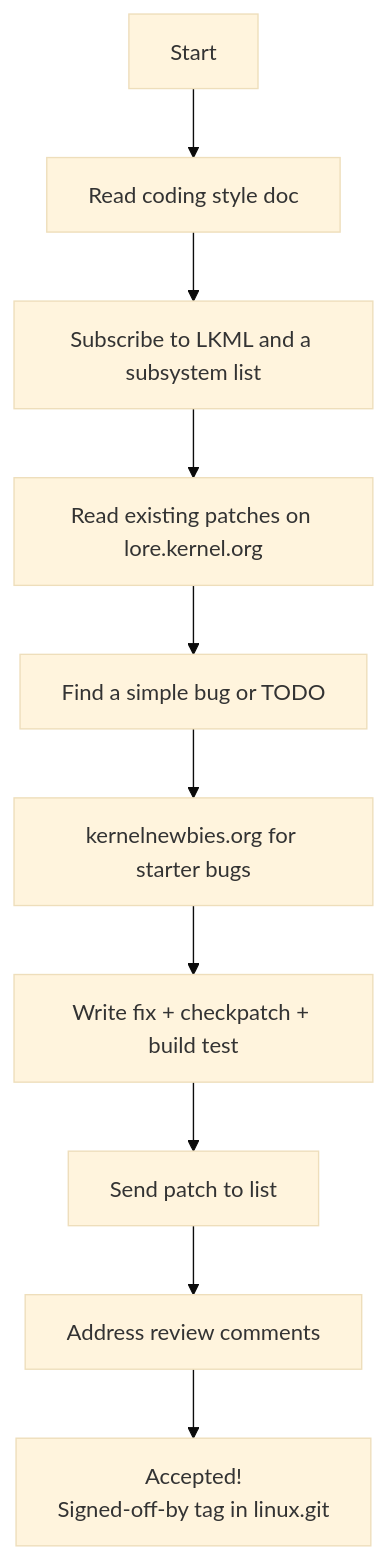
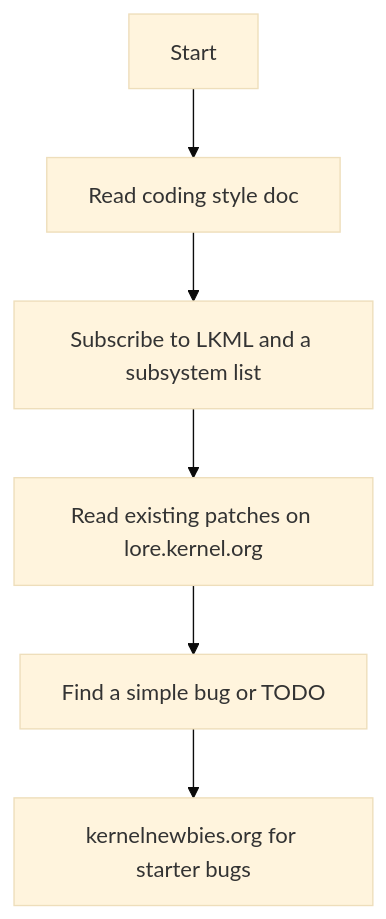
One commit to nilprajapati97/03_Kernel_Explore changed the third of 3 diagrams in 02_Understand_Linux_Kernel/01_Getting_Started_With_The_Kernel/05_Kernel_Development_Community.md. Above: the diagram before and after it, drawn with Mermaid (base theme). The commit also changed other lines of this file and 24 other files, not shown here.

````diff
--- a/02_Understand_Linux_Kernel/01_Getting_Started_With_The_Kernel/05_Kernel_Development_Community.md
+++ b/02_Understand_Linux_Kernel/01_Getting_Started_With_The_Kernel/05_Kernel_Development_Community.md
@@ -254,12 +254,8 @@
 ```mermaid
 flowchart TD
-    A[Start] --> B[Read coding style doc]
-    B --> C[Subscribe to LKML and a subsystem list]
-    C --> D[Read existing patches on lore.kernel.org]
-    D --> E[Find a simple bug or TODO]
-    E --> F[kernelnewbies.org for starter bugs]
-    F --> G[Write fix + checkpatch + build test]
-    G --> H[Send patch to list]
-    H --> I[Address review comments]
-    I --> J[Accepted!\nSigned-off-by tag in linux.git]
+    A["Start"] --> B["Read coding style doc"]
+    B --> C["Subscribe to LKML and a subsystem list"]
+    C --> D["Read existing patches on lore.kernel.org"]
+    D --> E["Find a simple bug or TODO"]
+    E --> F["kernelnewbies.org for starter bugs"]
 ```
````
